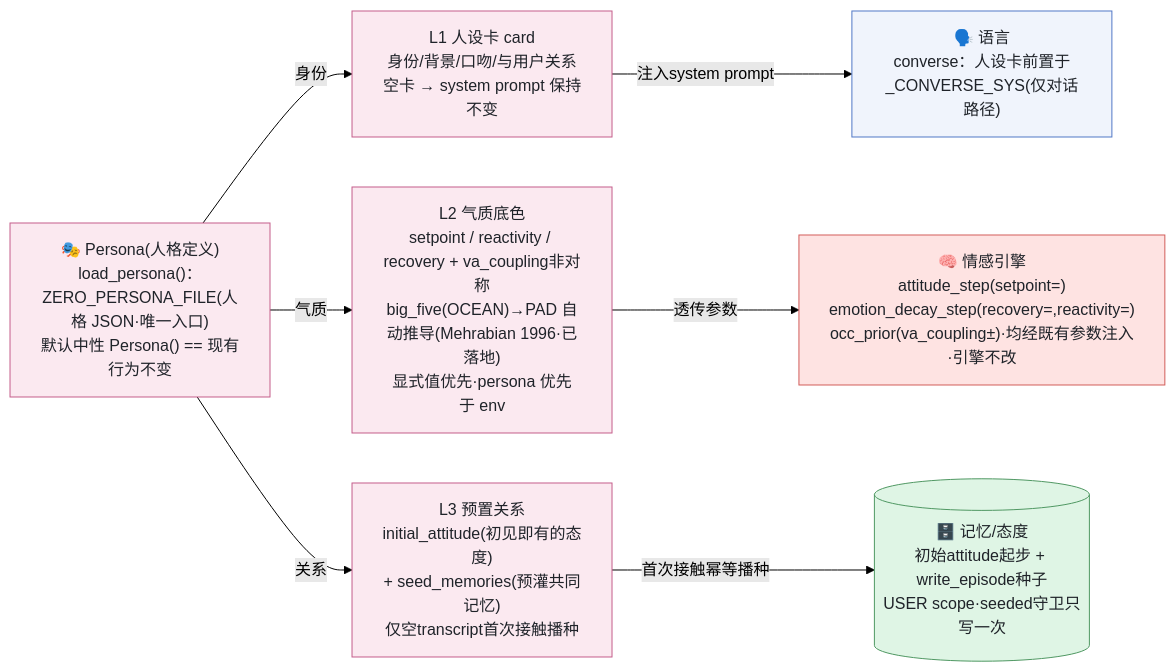
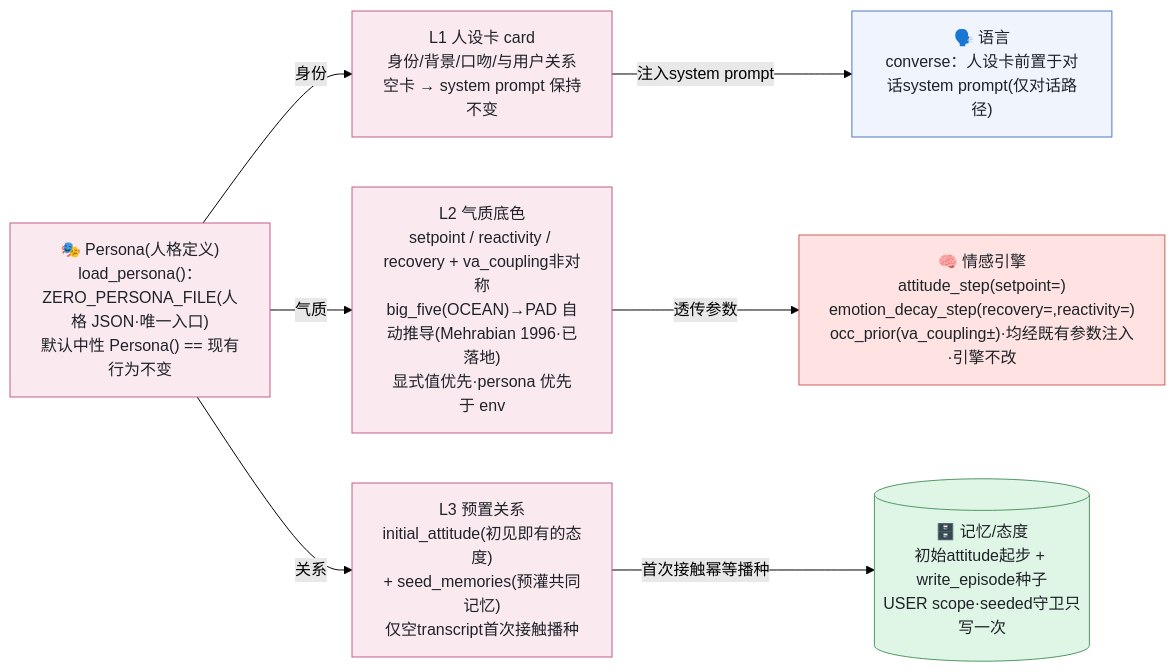
One commit to WizardHeHeJun/Zero changed the diagram in docs/v2/persona-injection.mmd. Above: the diagram before and after it, drawn with Mermaid (forest theme). The commit also changed 11 other files, not shown here.

```diff
--- a/docs/v2/persona-injection.mmd
+++ b/docs/v2/persona-injection.mmd
@@ -1,20 +1,20 @@
 flowchart LR
   persona["🎭 Persona(人格定义)<br/>load_persona()：ZERO_PERSONA_FILE(人格 JSON·唯一入口)<br/>默认中性 Persona() == 现有行为不变"]:::persona
   l1["L1 人设卡 card<br/>身份/背景/口吻/与用户关系<br/>空卡 → system prompt 保持不变"]:::persona
   l2["L2 气质底色<br/>setpoint / reactivity / recovery + va_coupling非对称<br/>big_five(OCEAN)→PAD 自动推导(Mehrabian 1996·已落地)<br/>显式值优先·persona 优先于 env"]:::persona
   l3["L3 预置关系<br/>initial_attitude(初见即有的态度)<br/>+ seed_memories(预灌共同记忆)<br/>仅空transcript首次接触播种"]:::persona
-  lang["🗣️ 语言<br/>converse：人设卡前置于_CONVERSE_SYS(仅对话路径)"]:::language
+  lang["🗣️ 语言<br/>converse：人设卡前置于对话system prompt(仅对话路径)"]:::language
   engine["🧠 情感引擎<br/>attitude_step(setpoint=)<br/>emotion_decay_step(recovery=,reactivity=)<br/>occ_prior(va_coupling±)·均经既有参数注入·引擎不改"]:::engine
   mem[("🗄️ 记忆/态度<br/>初始attitude起步 + write_episode种子<br/>USER scope·seeded守卫只写一次")]:::memory
 
   persona -->|"身份"| l1
   persona -->|"气质"| l2
   persona -->|"关系"| l3
   l1 -->|"注入system prompt"| lang
   l2 -->|"透传参数"| engine
   l3 -->|"首次接触幂等播种"| mem
 
   classDef persona fill:#FBE9F0,stroke:#C45D8B,color:#1F2329
   classDef language fill:#F0F4FC,stroke:#5178C6,color:#1F2329
   classDef engine fill:#FEE3E2,stroke:#D25D5A,color:#1F2329
   classDef memory fill:#DFF5E5,stroke:#509863,color:#1F2329
```
